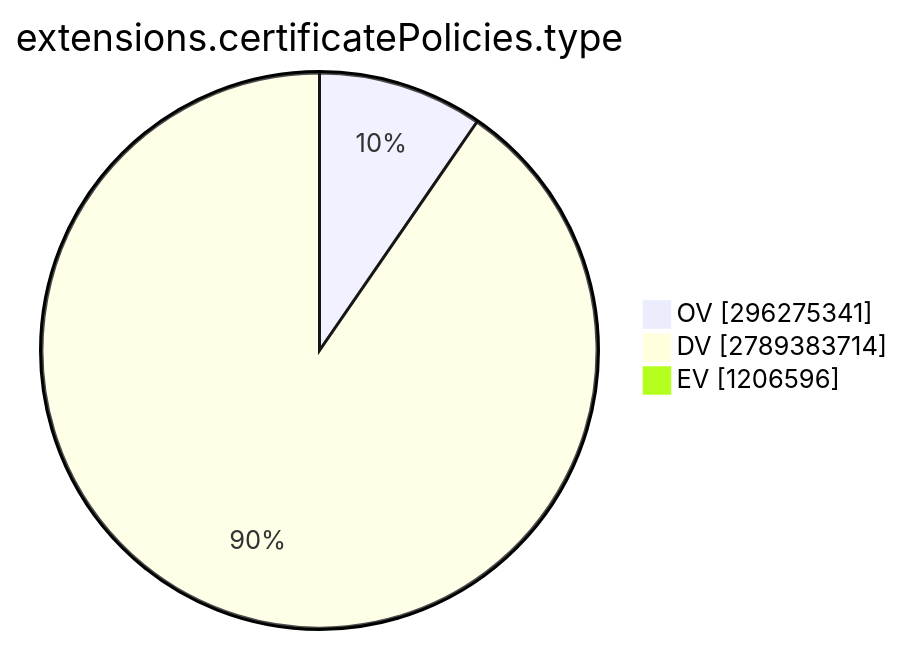
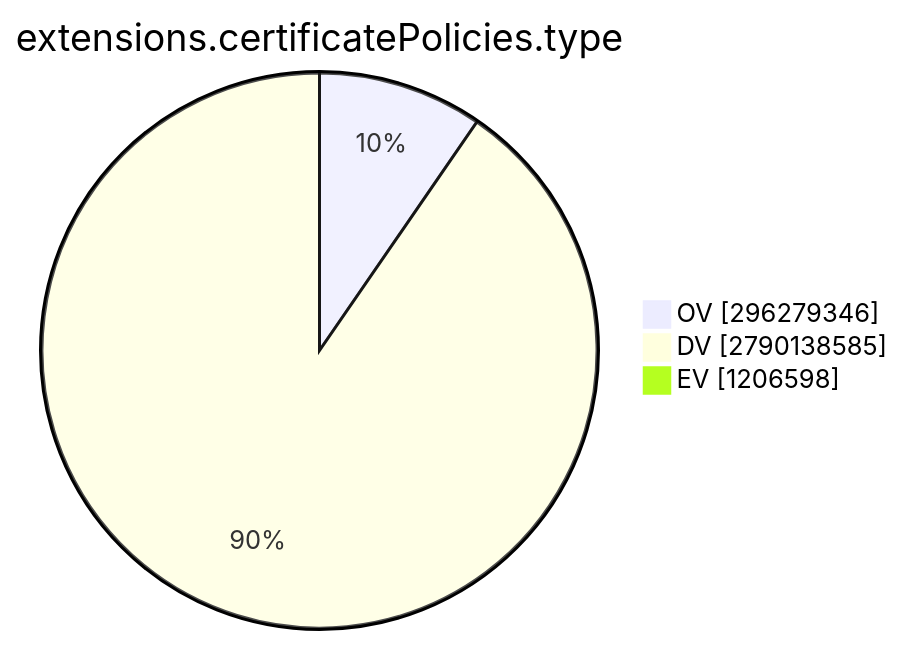
Before and after one commit to christiankrug/ctmonitor_visualization: the ninth of 15 diagrams in TOTAL/README.md, drawn with Mermaid. The commit also changed other lines of this file, not shown here.

````diff
--- a/TOTAL/README.md
+++ b/TOTAL/README.md
@@ -3099,7 +3099,7 @@
 ```mermaid
 pie showData
 title extensions.certificatePolicies.type
-"OV" :296275341
-"DV" :2789383714
-"EV" :1206596
+"OV" :296279346
+"DV" :2790138585
+"EV" :1206598
 ```
````
